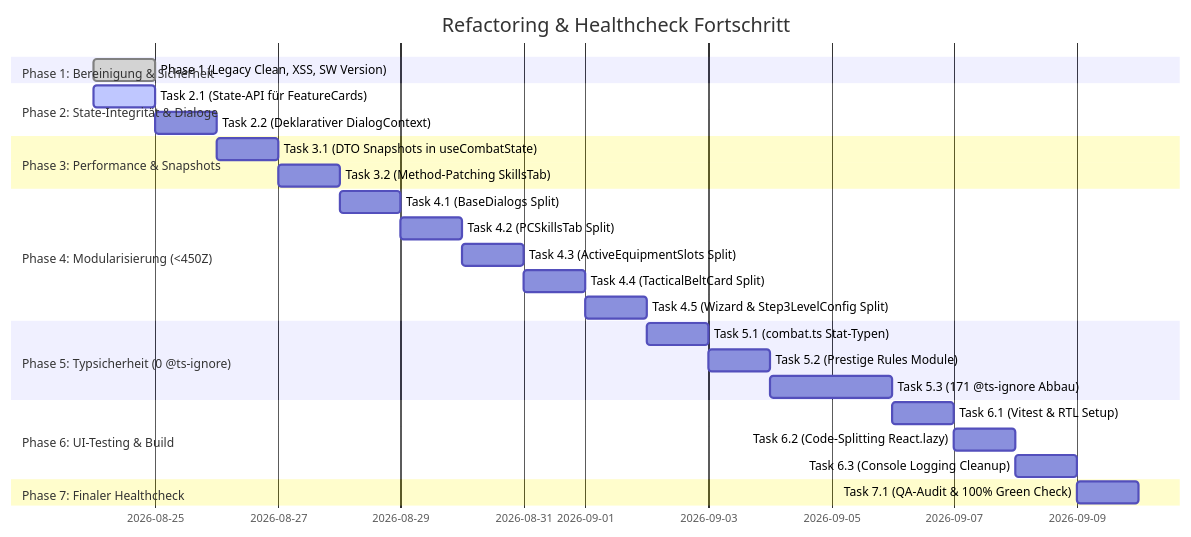
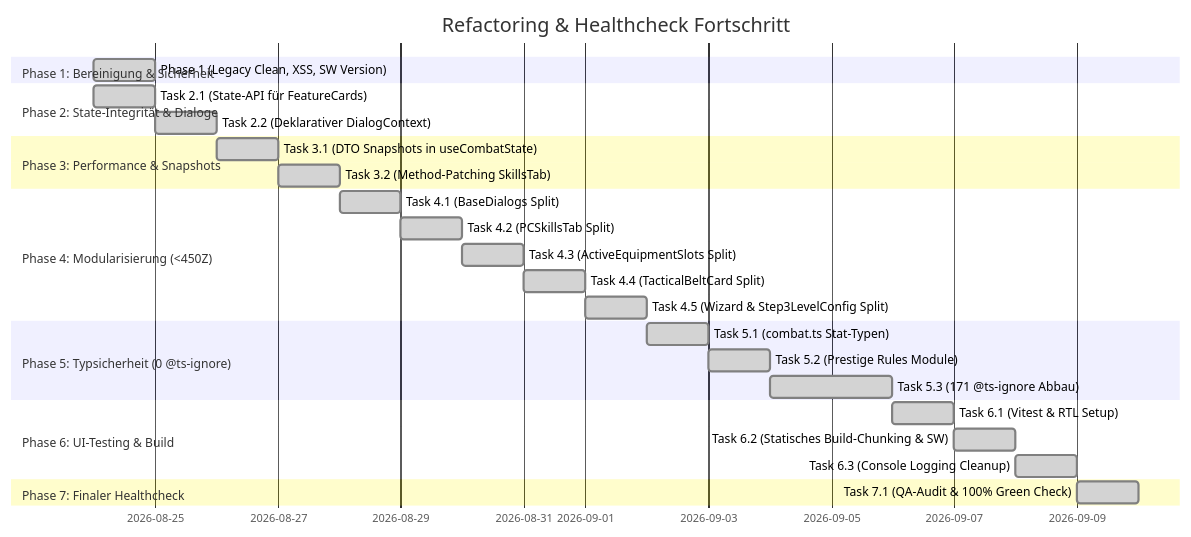
One commit to SplattedRabbit/TheCombatant changed the diagram in docs/REFACTORING_PROGRESS.md. Above: the diagram before and after it, drawn with Mermaid. The commit also changed other lines of this file and 55 other files, not shown here.

Commit message:
feat: complete Phase 7 QA audit, Option A full UI modularization, build chunking and logger integration

````diff
--- a/docs/REFACTORING_PROGRESS.md
+++ b/docs/REFACTORING_PROGRESS.md
@@ -15,29 +15,29 @@
 ```mermaid
 gantt
     title Refactoring & Healthcheck Fortschritt
     dateFormat  YYYY-MM-DD
     section Phase 1: Bereinigung & Sicherheit
     Phase 1 (Legacy Clean, XSS, SW Version)    :done, p1, 2026-08-24, 1d
     section Phase 2: State-Integrität & Dialoge
-    Task 2.1 (State-API für FeatureCards)      :active, p2_1, 2026-08-24, 1d
-    Task 2.2 (Deklarativer DialogContext)     :p2_2, after p2_1, 1d
+    Task 2.1 (State-API für FeatureCards)      :done, p2_1, 2026-08-24, 1d
+    Task 2.2 (Deklarativer DialogContext)     :done, p2_2, after p2_1, 1d
     section Phase 3: Performance & Snapshots
-    Task 3.1 (DTO Snapshots in useCombatState) :p3_1, after p2_2, 1d
-    Task 3.2 (Method-Patching SkillsTab)       :p3_2, after p3_1, 1d
+    Task 3.1 (DTO Snapshots in useCombatState) :done, p3_1, after p2_2, 1d
+    Task 3.2 (Method-Patching SkillsTab)       :done, p3_2, after p3_1, 1d
     section Phase 4: Modularisierung (<450Z)
-    Task 4.1 (BaseDialogs Split)               :p4_1, after p3_2, 1d
-    Task 4.2 (PCSkillsTab Split)               :p4_2, after p4_1, 1d
-    Task 4.3 (ActiveEquipmentSlots Split)      :p4_3, after p4_2, 1d
-    Task 4.4 (TacticalBeltCard Split)          :p4_4, after p4_3, 1d
-    Task 4.5 (Wizard & Step3LevelConfig Split) :p4_5, after p4_4, 1d
+    Task 4.1 (BaseDialogs Split)               :done, p4_1, after p3_2, 1d
+    Task 4.2 (PCSkillsTab Split)               :done, p4_2, after p4_1, 1d
+    Task 4.3 (ActiveEquipmentSlots Split)      :done, p4_3, after p4_2, 1d
+    Task 4.4 (TacticalBeltCard Split)          :done, p4_4, after p4_3, 1d
+    Task 4.5 (Wizard & Step3LevelConfig Split) :done, p4_5, after p4_4, 1d
     section Phase 5: Typsicherheit (0 @ts-ignore)
-    Task 5.1 (combat.ts Stat-Typen)            :p5_1, after p4_5, 1d
-    Task 5.2 (Prestige Rules Module)           :p5_2, after p5_1, 1d
-    Task 5.3 (171 @ts-ignore Abbau)            :p5_3, after p5_2, 2d
+    Task 5.1 (combat.ts Stat-Typen)            :done, p5_1, after p4_5, 1d
+    Task 5.2 (Prestige Rules Module)           :done, p5_2, after p5_1, 1d
+    Task 5.3 (171 @ts-ignore Abbau)            :done, p5_3, after p5_2, 2d
     section Phase 6: UI-Testing & Build
-    Task 6.1 (Vitest & RTL Setup)              :p6_1, after p5_3, 1d
-    Task 6.2 (Code-Splitting React.lazy)       :p6_2, after p6_1, 1d
-    Task 6.3 (Console Logging Cleanup)         :p6_3, after p6_2, 1d
+    Task 6.1 (Vitest & RTL Setup)              :done, p6_1, after p5_3, 1d
+    Task 6.2 (Statisches Build-Chunking & SW)  :done, p6_2, after p6_1, 1d
+    Task 6.3 (Console Logging Cleanup)         :done, p6_3, after p6_2, 1d
     section Phase 7: Finaler Healthcheck
-    Task 7.1 (QA-Audit & 100% Green Check)     :p7_1, after p6_3, 1d
+    Task 7.1 (QA-Audit & 100% Green Check)     :done, p7_1, after p6_3, 1d
 ```
````
